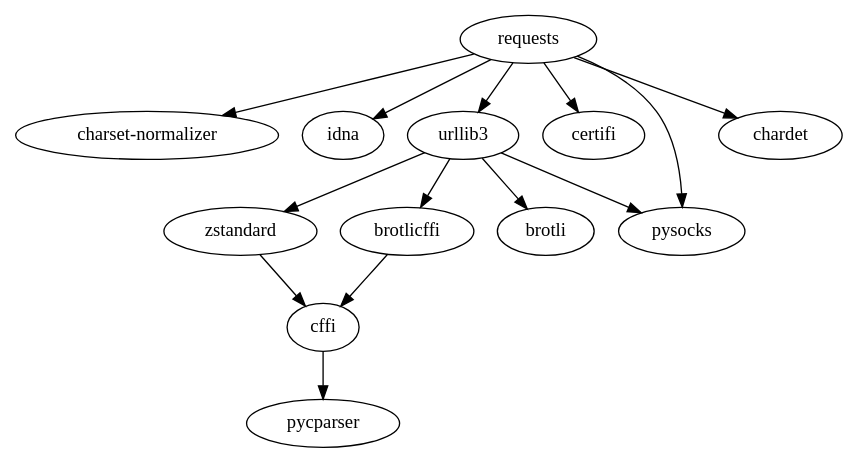
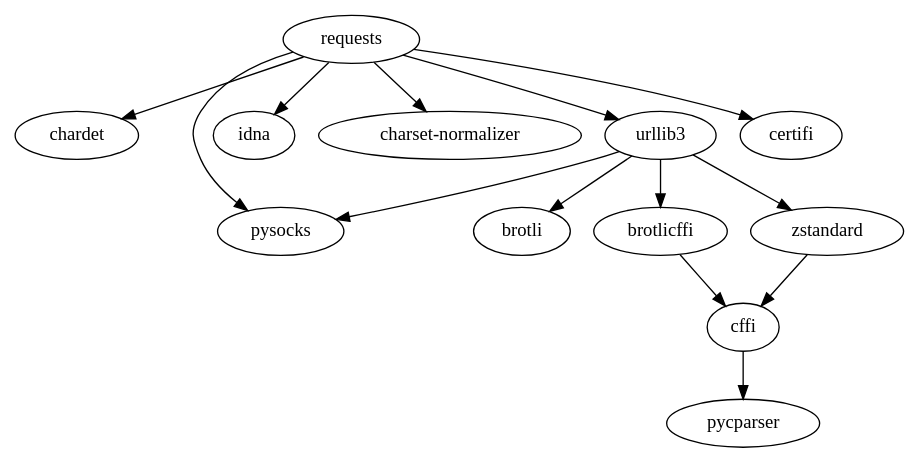
The diagram in files/dependency_graphs/requests_dependencies_graph.gv (PyAlexOs/ConfigureManaging), drawn with Graphviz before and after one commit. The commit also changed 10 other files, not shown here.

Commit message:
stable version of package_dependencies without --extra flag

```diff
--- a/files/dependency_graphs/requests_dependencies_graph.gv
+++ b/files/dependency_graphs/requests_dependencies_graph.gv
@@ -1,40 +1,27 @@
-digraph "Package dependencies requests" {
+digraph "requests package dependencies" {
 	requests
-	"charset-normalizer"
+	requests -> chardet
+	requests -> pysocks
+	requests -> idna
 	requests -> "charset-normalizer"
-	idna
-	requests -> idna
-	urllib3
 	requests -> urllib3
-	certifi
 	requests -> certifi
-	pysocks
-	requests -> pysocks
-	chardet
-	requests -> chardet
 	"charset-normalizer"
 	idna
 	urllib3
-	zstandard
+	urllib3 -> pysocks
+	urllib3 -> brotli
+	urllib3 -> brotlicffi
 	urllib3 -> zstandard
-	pysocks
-	urllib3 -> pysocks
-	brotlicffi
-	urllib3 -> brotlicffi
-	brotli
-	urllib3 -> brotli
 	certifi
 	pysocks
 	chardet
+	brotli
+	brotlicffi
+	brotlicffi -> cffi
 	zstandard
+	zstandard -> cffi
 	cffi
-	zstandard -> cffi
-	brotlicffi
-	cffi
-	brotlicffi -> cffi
-	brotli
-	cffi
-	pycparser
 	cffi -> pycparser
 	pycparser
 }
```
